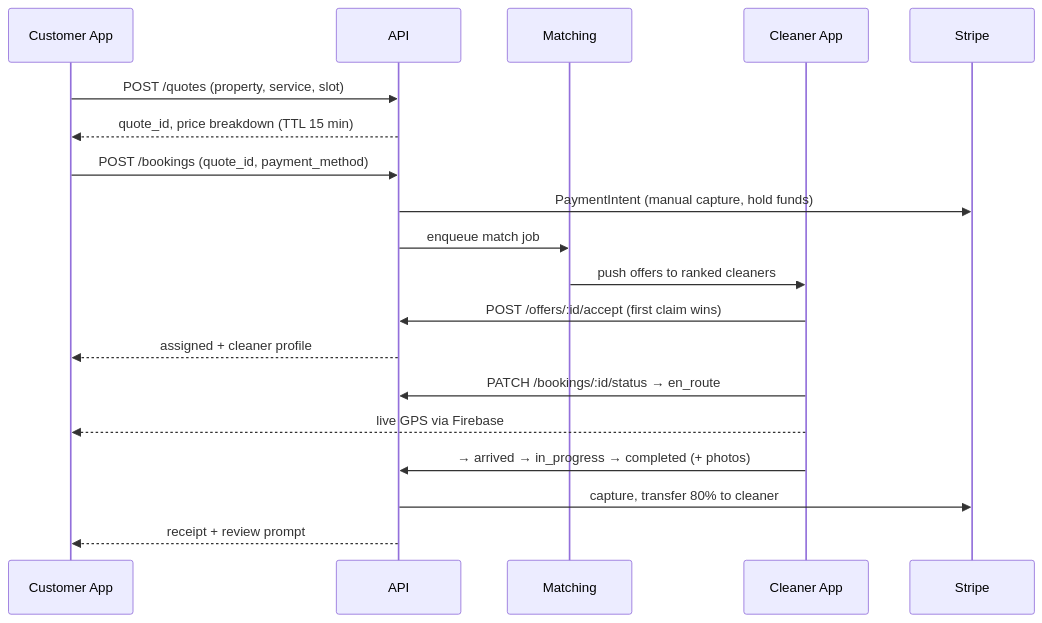
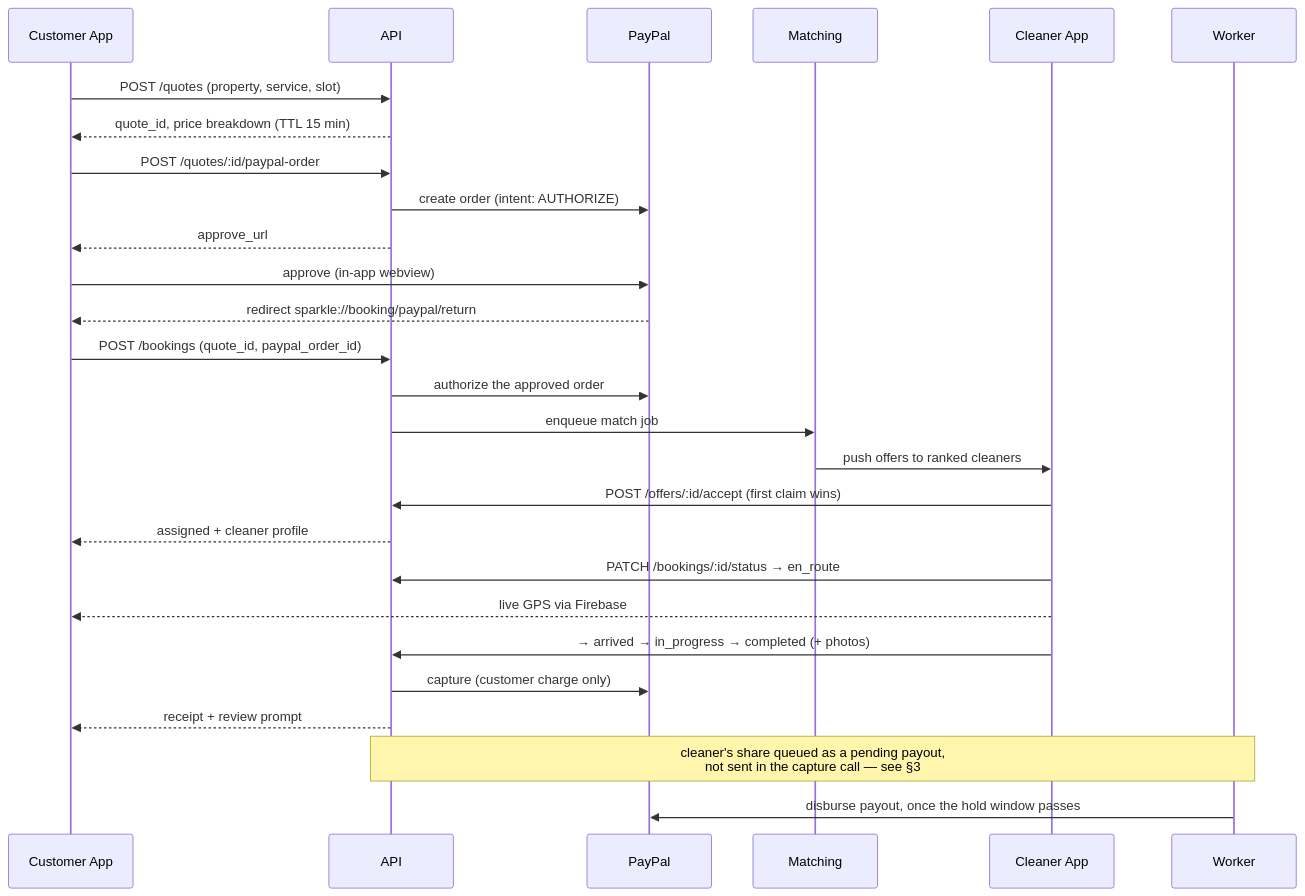
Before and after one commit to rupanaalbert/app-cleaner: the second of 2 diagrams in README.md, drawn with Mermaid. The commit also changed other lines of this file and 48 other files, not shown here.

````diff
--- a/README.md
+++ b/README.md
@@ -98,22 +98,30 @@
 ```mermaid
 sequenceDiagram
     participant C as Customer App
     participant A as API
+    participant PP as PayPal
     participant M as Matching
     participant K as Cleaner App
-    participant S as Stripe
+    participant W as Worker
 
     C->>A: POST /quotes (property, service, slot)
     A-->>C: quote_id, price breakdown (TTL 15 min)
-    C->>A: POST /bookings (quote_id, payment_method)
-    A->>S: PaymentIntent (manual capture, hold funds)
+    C->>A: POST /quotes/:id/paypal-order
+    A->>PP: create order (intent: AUTHORIZE)
+    A-->>C: approve_url
+    C->>PP: approve (in-app webview)
+    PP-->>C: redirect sparkle://booking/paypal/return
+    C->>A: POST /bookings (quote_id, paypal_order_id)
+    A->>PP: authorize the approved order
     A->>M: enqueue match job
     M->>K: push offers to ranked cleaners
     K->>A: POST /offers/:id/accept (first claim wins)
     A-->>C: assigned + cleaner profile
     K->>A: PATCH /bookings/:id/status → en_route
     K-->>C: live GPS via Firebase
     K->>A: → arrived → in_progress → completed (+ photos)
-    A->>S: capture, transfer 80% to cleaner
+    A->>PP: capture (customer charge only)
     A-->>C: receipt + review prompt
+    Note over A,W: cleaner's share queued as a pending payout,<br/>not sent in the capture call — see §3
+    W->>PP: disburse payout, once the hold window passes
 ```
````
